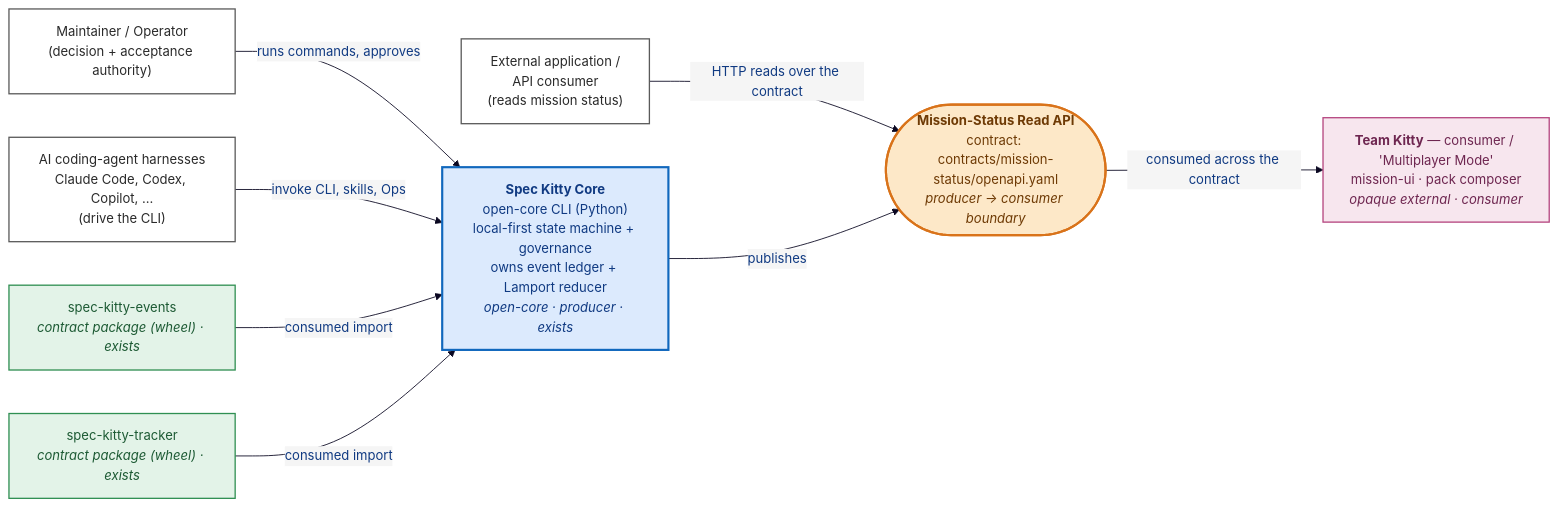
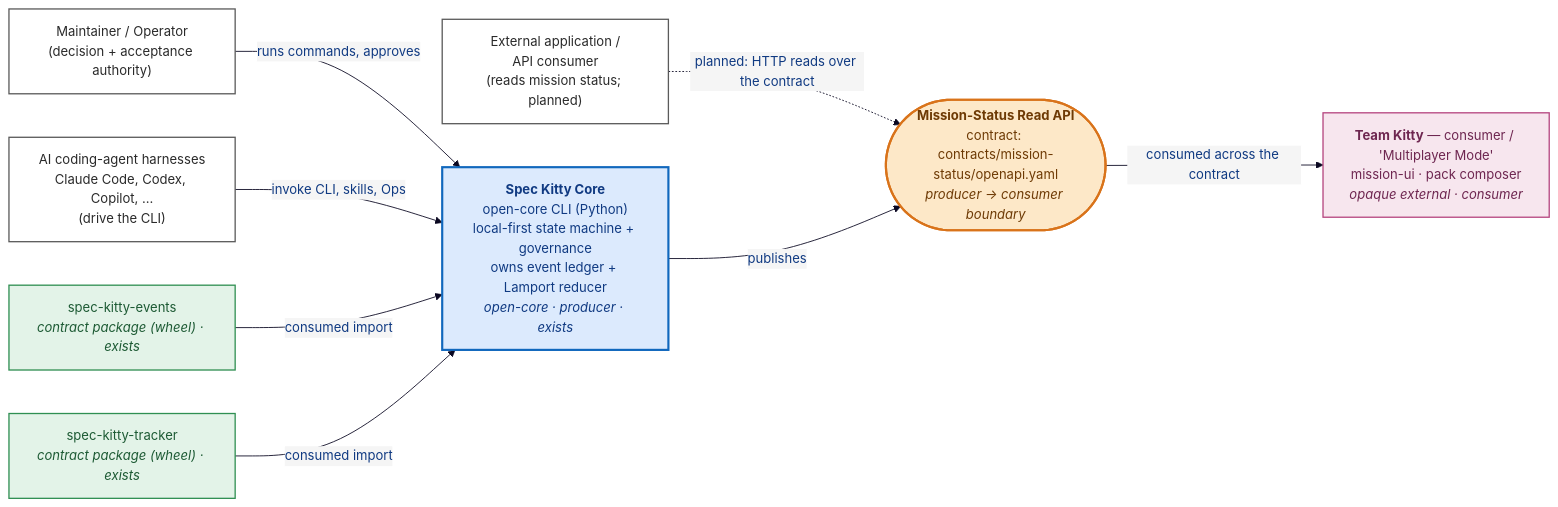
One commit to spec-kitty/spec-kitty changed the third of 4 diagrams in docs/architecture/diagrams/01_context/README.md. Above: the diagram before and after it, drawn with Mermaid. The commit also changed other lines of this file and 3 other files, not shown here.

First line of the commit message:
docs(landing): label planned mission-status service as planned

````diff
--- a/docs/architecture/diagrams/01_context/README.md
+++ b/docs/architecture/diagrams/01_context/README.md
@@ -120,36 +120,36 @@
 ```mermaid
 %%{init: {'theme':'base','themeVariables': {
   'fontFamily': 'Trebuchet MS, Verdana, Arial, sans-serif',
   'fontSize': '15px',
   'primaryColor': '#f5f5f5',
   'primaryTextColor': '#103a82',
   'primaryBorderColor': '#1c75cc',
   'lineColor': '#0a0721'
 }}}%%
 flowchart LR
     operator["Maintainer / Operator<br/>(decision + acceptance authority)"]
     harness["AI coding-agent harnesses<br/>Claude Code, Codex, Copilot, …<br/>(drive the CLI)"]
-    apiConsumer["External application /<br/>API consumer<br/>(reads mission status)"]
+    apiConsumer["External application /<br/>API consumer<br/>(reads mission status; planned)"]
     events["spec-kitty-events<br/><i>contract package (wheel) · exists</i>"]
     tracker["spec-kitty-tracker<br/><i>contract package (wheel) · exists</i>"]
     core["<b>Spec Kitty Core</b><br/>open-core CLI (Python)<br/>local-first state machine + governance<br/>owns event ledger + Lamport reducer<br/><i>open-core · producer · exists</i>"]
     seam(["<b>Mission-Status Read API</b><br/>contract: contracts/mission-status/openapi.yaml<br/><i>producer → consumer boundary</i>"])
     teamkitty["<b>Team Kitty</b> — consumer / 'Multiplayer Mode'<br/>mission-ui · pack composer<br/><i>opaque external · consumer</i>"]
     operator -->|runs commands, approves| core
     harness -->|invoke CLI, skills, Ops| core
-    apiConsumer -->|HTTP reads over the contract| seam
+    apiConsumer -.->|planned: HTTP reads over the contract| seam
     events -->|consumed import| core
     tracker -->|consumed import| core
     core -->|publishes| seam
     seam -->|consumed across the contract| teamkitty
     classDef coreProducer fill:#dceafd,stroke:#1168bd,color:#103a82,stroke-width:2.5px;
     classDef pkg fill:#e3f3e8,stroke:#2f8f52,color:#1d5a34,stroke-width:1.5px;
     classDef seam fill:#fde8c8,stroke:#d9731a,color:#6e3a05,stroke-width:2.5px;
     classDef consumer fill:#f7e6ee,stroke:#b5457f,color:#6e2650,stroke-width:1.5px;
     classDef actor fill:#ffffff,stroke:#5a5a5a,color:#2a2a2a,stroke-width:1.5px;
     class core coreProducer;
     class events,tracker pkg;
     class seam seam;
     class teamkitty consumer;
     class operator,harness,apiConsumer actor;
 ```
````
